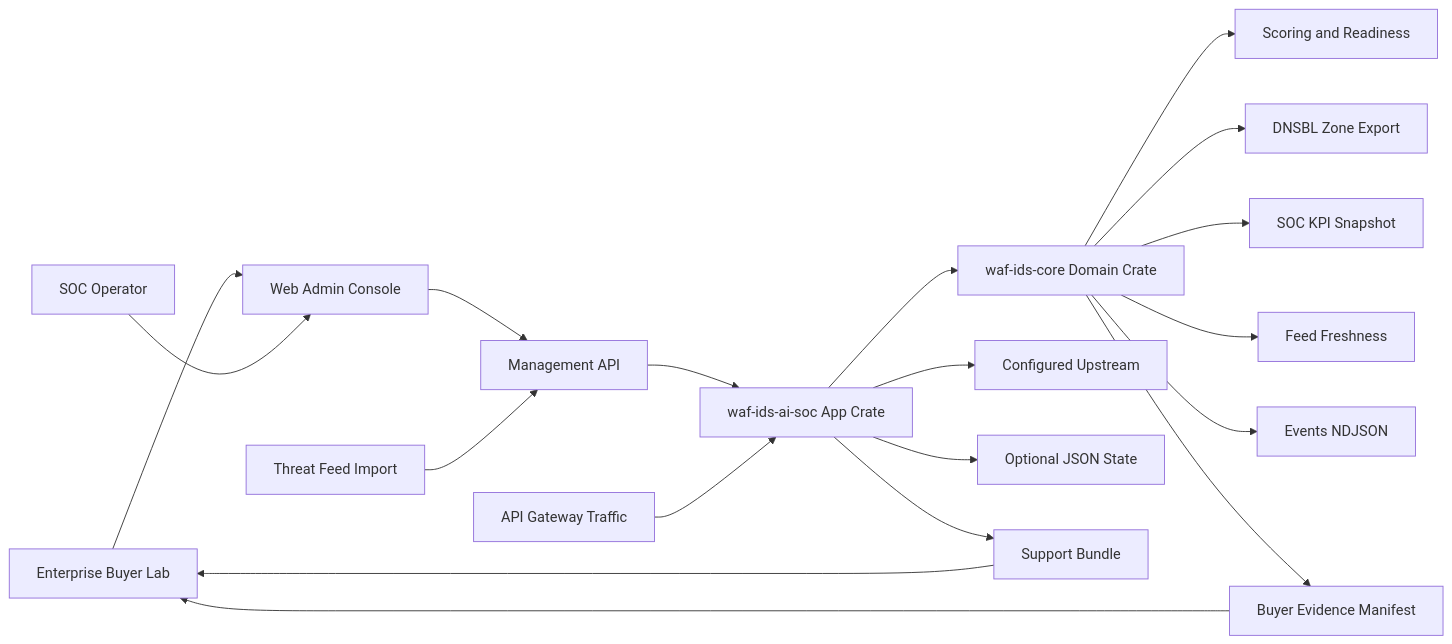
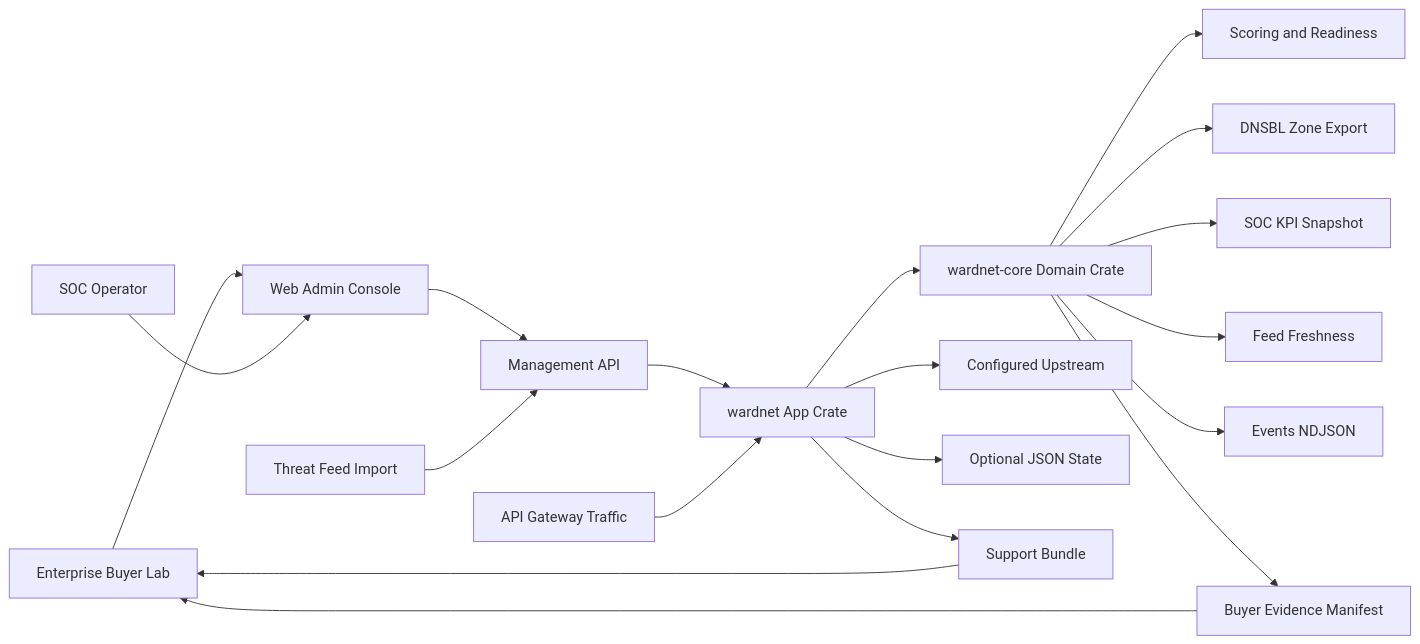
The diagram in docs/figma/enterprise-product-architecture.md (ContextualWisdomLab/wardnet), drawn with Mermaid before and after one commit. The commit also changed other lines of this file and 49 other files, not shown here.

````diff
--- a/docs/figma/enterprise-product-architecture.md
+++ b/docs/figma/enterprise-product-architecture.md
@@ -13,21 +13,21 @@
 ```mermaid
 flowchart LR
   buyer["Enterprise Buyer Lab"] --> console["Web Admin Console"]
   operator["SOC Operator"] --> console
   console --> api["Management API"]
-  api --> app["waf-ids-ai-soc App Crate"]
-  app --> core["waf-ids-core Domain Crate"]
+  api --> app["wardnet App Crate"]
+  app --> core["wardnet-core Domain Crate"]
   core --> scoring["Scoring and Readiness"]
   core --> dnsbl["DNSBL Zone Export"]
   core --> kpis["SOC KPI Snapshot"]
   core --> freshness["Feed Freshness"]
   core --> eventExport["Events NDJSON"]
   core --> manifest["Buyer Evidence Manifest"]
   feed["Threat Feed Import"] --> api
   gateway["API Gateway Traffic"] --> app
   app --> upstream["Configured Upstream"]
   app --> state["Optional JSON State"]
   app --> bundle["Support Bundle"]
   manifest --> buyer
   bundle --> buyer
 ```
````
